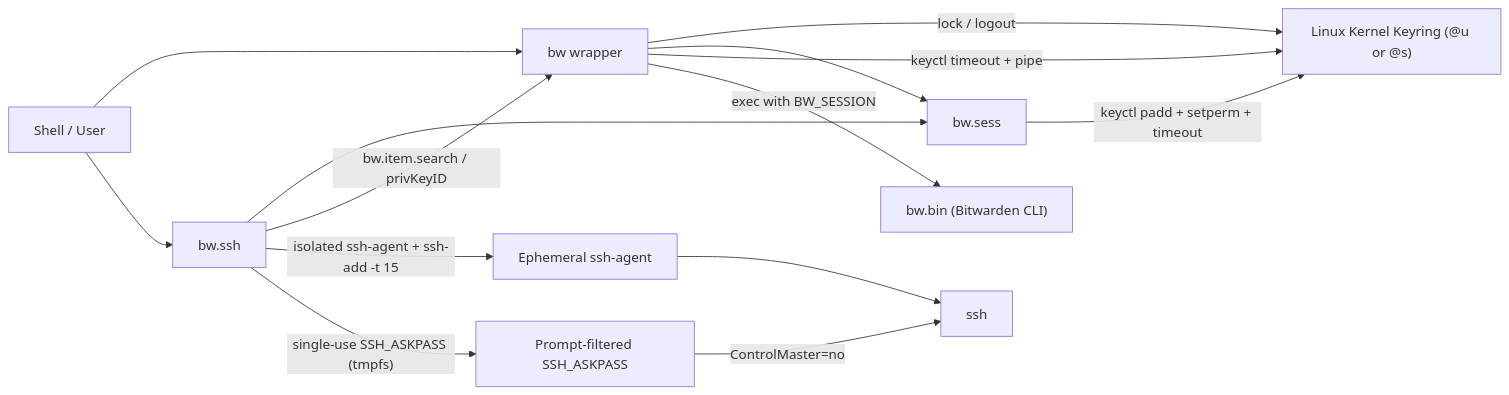
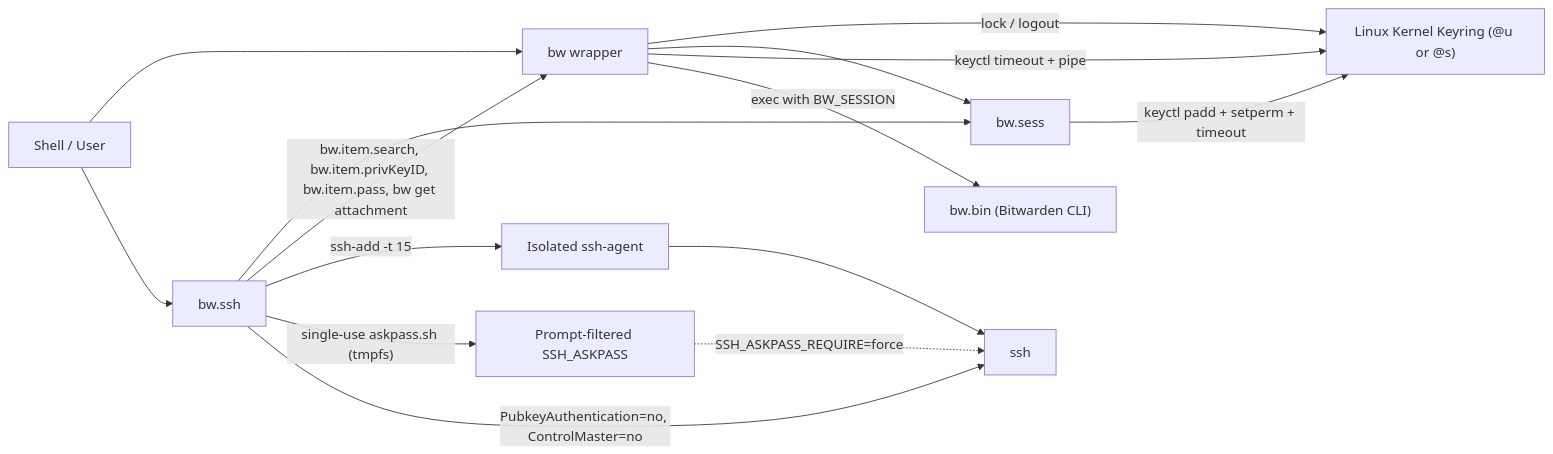
One commit to neoautomata/bw_scripts changed the diagram in README.md. Above: the diagram before and after it, drawn with Mermaid. The commit also changed other lines of this file and 19 other files, not shown here.

````diff
--- a/README.md
+++ b/README.md
@@ -11,16 +11,17 @@
 ```mermaid
 flowchart LR
   User["Shell / User"] --> BW["bw wrapper"]
   User --> SSHWrap["bw.ssh"]
   BW -->|"lock / logout"| Keyring["Linux Kernel Keyring (@u or @s)"]
   BW --> Sess["bw.sess"]
   SSHWrap --> Sess
   Sess -->|"keyctl padd + setperm + timeout"| Keyring
   BW -->|"keyctl timeout + pipe"| Keyring
   BW -->|"exec with BW_SESSION"| BWBin["bw.bin (Bitwarden CLI)"]
-  SSHWrap -->|"bw.item.search / privKeyID"| BW
-  SSHWrap -->|"isolated ssh-agent + ssh-add -t 15"| Agent["Ephemeral ssh-agent"]
-  SSHWrap -->|"single-use SSH_ASKPASS (tmpfs)"| Askpass["Prompt-filtered SSH_ASKPASS"]
+  SSHWrap -->|"bw.item.search, bw.item.privKeyID, bw.item.pass, bw get attachment"| BW
+  SSHWrap -->|"ssh-add -t 15"| Agent["Isolated ssh-agent"]
+  SSHWrap -->|"single-use askpass.sh (tmpfs)"| Askpass["Prompt-filtered SSH_ASKPASS"]
   Agent --> SSH["ssh"]
-  Askpass -->|"ControlMaster=no"| SSH
+  SSHWrap -->|"PubkeyAuthentication=no, ControlMaster=no"| SSH
+  Askpass -.->|"SSH_ASKPASS_REQUIRE=force"| SSH
 ```
````
